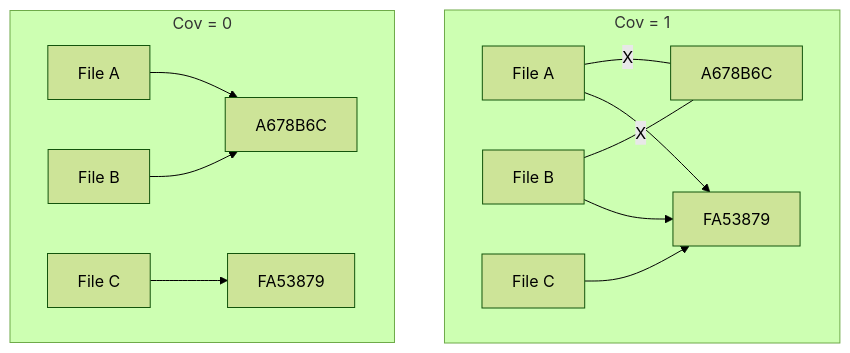
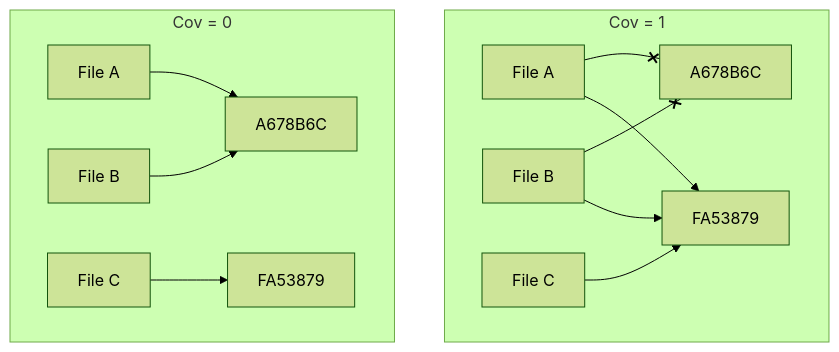
Before and after one commit to debugdoctor/LiNaStore: the second of 2 diagrams in README.md, drawn with Mermaid (forest theme). The commit also changed other lines of this file and 16 other files, not shown here.

````diff
--- a/README.md
+++ b/README.md
@@ -55,16 +55,16 @@
 ```mermaid
 flowchart TD
     subgraph "Cov = 1"
-        A2[File A]-- X ---B2[A678B6C]
-        C2[File B]-- X ---B2
+        A2[File A] --x B2[A678B6C]
+        C2[File B] --x B2
         D2[File C] --> E2[FA53879]
         A2 --> E2
         C2 --> E2
     end
 
     subgraph "Cov = 0"
         A[File A] --> B1[A678B6C]
         C[File B] --> B1
         D[File C] --> E[FA53879]
     end
 ```
````
